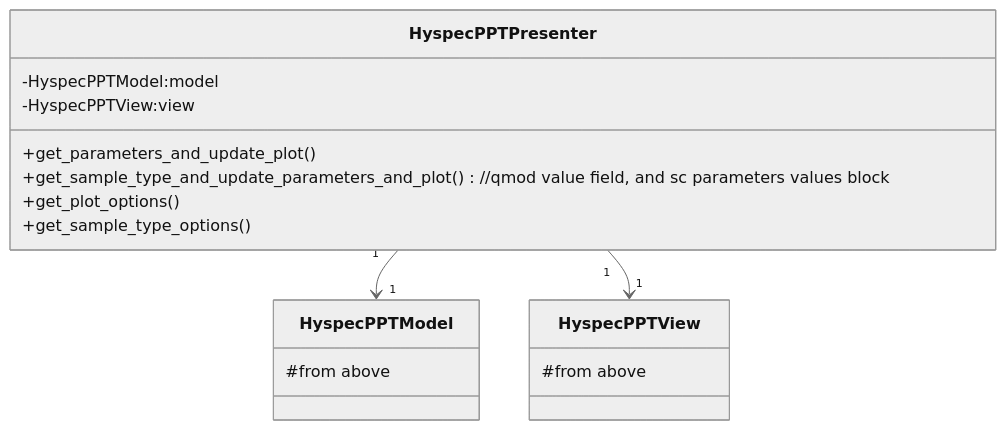
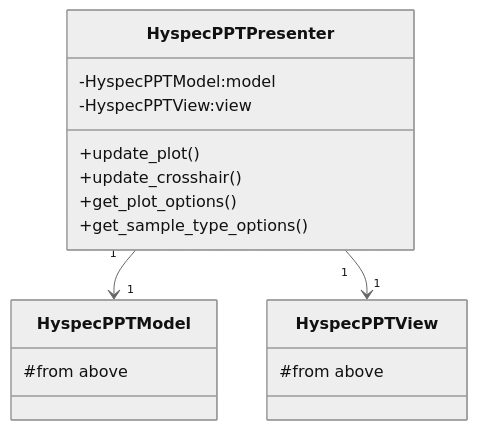
One commit to neutrons/hyspecppt changed the third of 8 diagrams in docs/source/design/hyspecpptclasses.rst. Above: the diagram before and after it, drawn with Mermaid (neutral theme). The commit also changed other lines of this file, not shown here.

```diff
--- a/docs/source/design/hyspecpptclasses.rst
+++ b/docs/source/design/hyspecpptclasses.rst
@@ -450,22 +424,22 @@
 .. mermaid::
 
  classDiagram
     HyspecPPTPresenter "1" -->"1" HyspecPPTModel
     HyspecPPTPresenter "1" -->"1" HyspecPPTView
 
     class HyspecPPTPresenter{
         -HyspecPPTModel:model
         -HyspecPPTView:view
-        +get_parameters_and_update_plot()
-        +get_sample_type_and_update_parameters_and_plot() //qmod value field, and sc parameters values block
+        +update_plot()
+        +update_crosshair()
         +get_plot_options()
         +get_sample_type_options()
     }
 
     class HyspecPPTModel{
         #from above
     }
 
     class HyspecPPTView{
         #from above
     }
```
